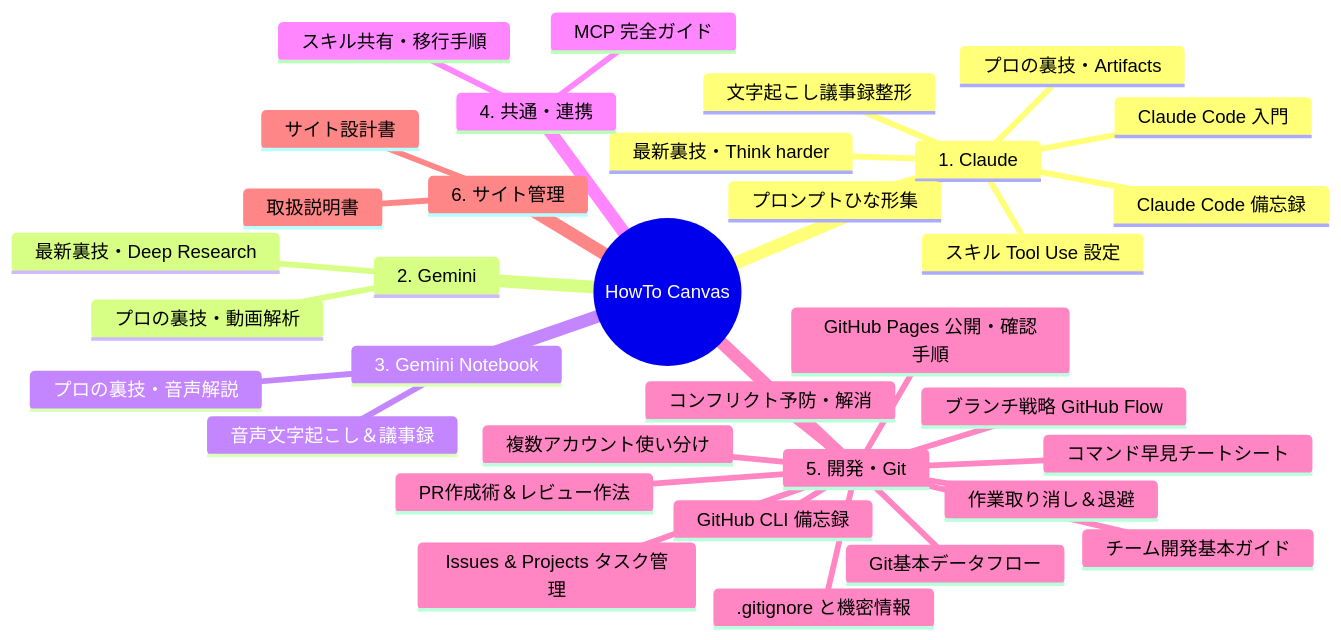
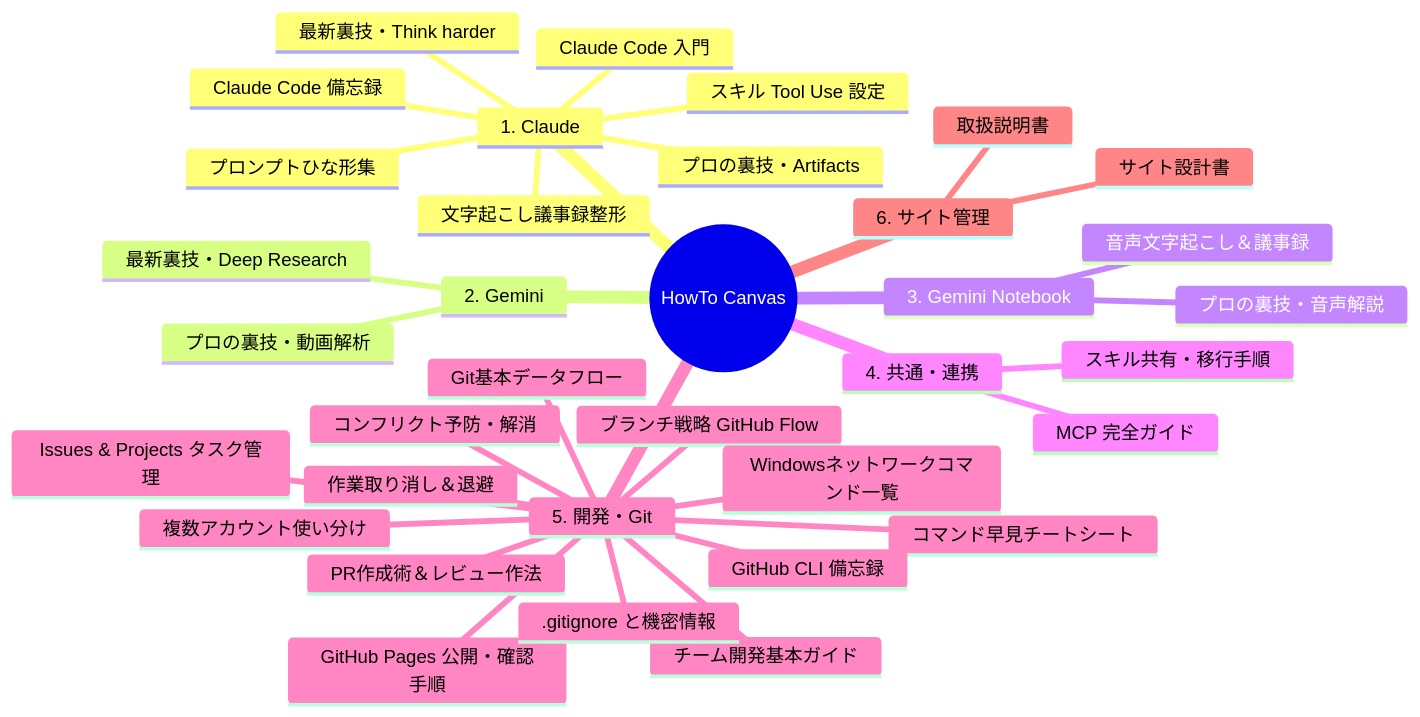
One commit to nakamotohiroshi-biz-team/howto-canvas changed the second of 2 diagrams in src/content/docs/meta/design-spec.md. Above: the diagram before and after it, drawn with Mermaid. The commit also changed other lines of this file and 3 other files, not shown here.

````diff
--- a/src/content/docs/meta/design-spec.md
+++ b/src/content/docs/meta/design-spec.md
@@ -115,37 +116,38 @@
 ```mermaid
 mindmap
   root((HowTo Canvas))
     1. Claude
       最新裏技・Think harder
       Claude Code 入門
       スキル Tool Use 設定
       文字起こし議事録整形
       プロの裏技・Artifacts
       Claude Code 備忘録
       プロンプトひな形集
     2. Gemini
       最新裏技・Deep Research
       プロの裏技・動画解析
     3. Gemini Notebook
       音声文字起こし＆議事録
       プロの裏技・音声解説
     4. 共通・連携
       スキル共有・移行手順
       MCP 完全ガイド
     5. 開発・Git
       Git基本データフロー
       チーム開発基本ガイド
       コマンド早見チートシート
       コンフリクト予防・解消
       作業取り消し＆退避
       ブランチ戦略 GitHub Flow
       Issues & Projects タスク管理
       PR作成術＆レビュー作法
+      Windowsネットワークコマンド一覧
       GitHub CLI 備忘録
       GitHub Pages 公開・確認手順
       .gitignore と機密情報
       複数アカウント使い分け
     6. サイト管理
       取扱説明書
       サイト設計書
 ```
````
